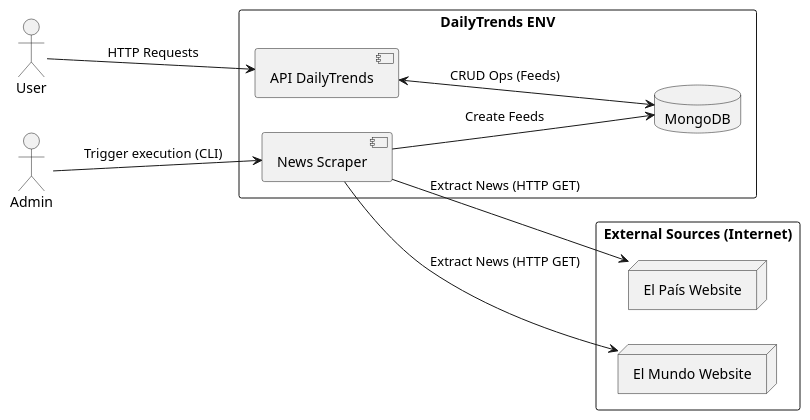
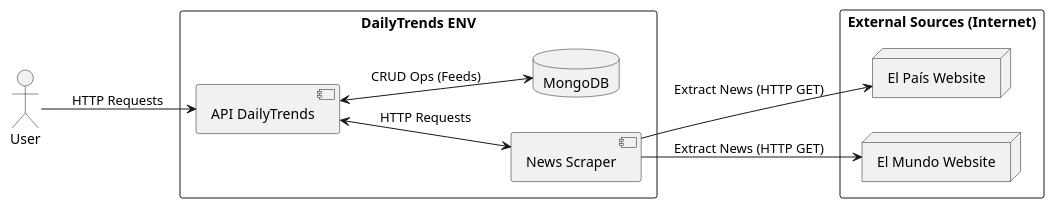
The diagram in docs/architecture.puml (alfre144/be-daily-trends), drawn with PlantUML before and after one commit. The commit also changed 1 other file, not shown here.

```diff
--- a/docs/architecture.puml
+++ b/docs/architecture.puml
@@ -1,25 +1,23 @@
 @startuml ArchitectureDiagram
 
   left to right direction
 
   actor User
-  actor Admin
 
   rectangle "DailyTrends ENV" {
     component "API DailyTrends" as API
     component "News Scraper" as Scraper
     database "MongoDB" as DB
   }
   rectangle "External Sources (Internet)" {
     node "El País Website" as ElPaisWS
     node "El Mundo Website" as ElMundoWS
   }
   
   User --> API : HTTP Requests
-  Admin --> Scraper : Trigger execution (CLI)
   API <--> DB : CRUD Ops (Feeds)
-  Scraper --> DB : Create Feeds 
+  API <--> Scraper : HTTP Requests
   Scraper --> ElPaisWS : Extract News (HTTP GET)
   Scraper --> ElMundoWS : Extract News (HTTP GET)
 
 @enduml
```
